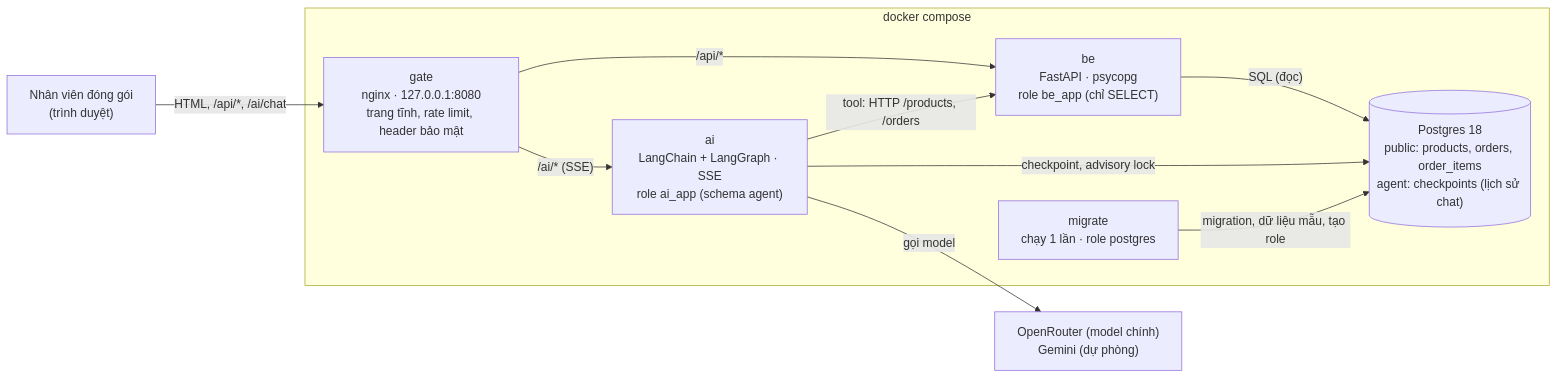
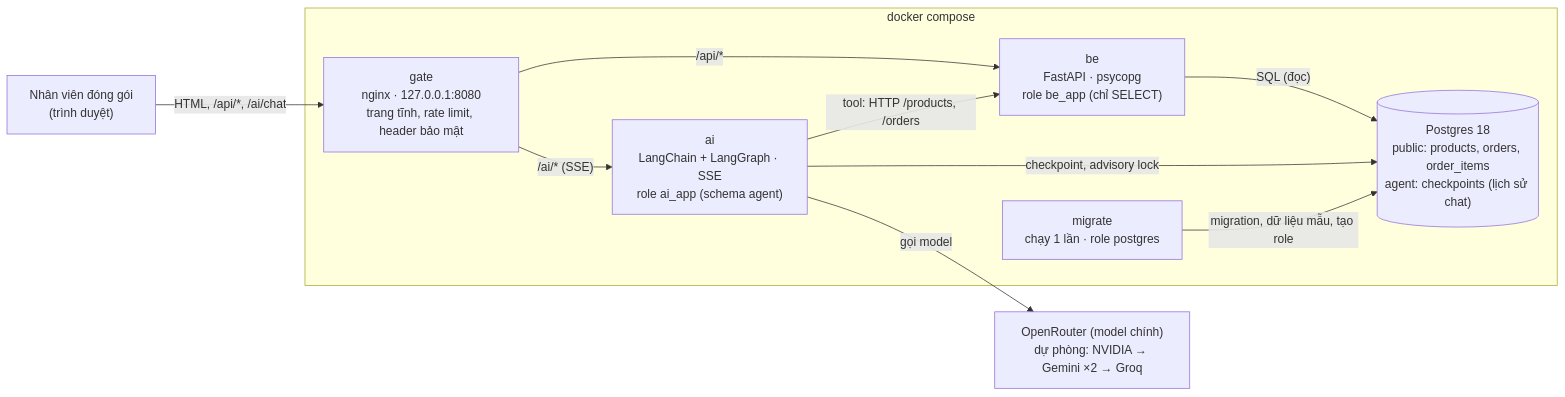
One commit to vu-wspace/barcode_chatbot changed the first of 5 diagrams in README.md. Above: the diagram before and after it, drawn with Mermaid. The commit also changed other lines of this file and 13 other files, not shown here.

Commit message:
exchange to graph

````diff
--- a/README.md
+++ b/README.md
@@ -55,23 +55,23 @@
 ```mermaid
 flowchart LR
     U["Nhân viên đóng gói<br/>(trình duyệt)"]
 
     subgraph Docker["docker compose"]
         G["gate<br/>nginx · 127.0.0.1:8080<br/>trang tĩnh, rate limit, header bảo mật"]
         BE["be<br/>FastAPI · psycopg<br/>role be_app (chỉ SELECT)"]
         AI["ai<br/>LangChain + LangGraph · SSE<br/>role ai_app (schema agent)"]
         M["migrate<br/>chạy 1 lần · role postgres"]
         DB[("Postgres 18<br/>public: products, orders, order_items<br/>agent: checkpoints (lịch sử chat)")]
     end
 
-    LLM["OpenRouter (model chính)<br/>Gemini (dự phòng)"]
+    LLM["OpenRouter (model chính)<br/>dự phòng: NVIDIA → Gemini ×2 → Groq"]
 
     U -- "HTML, /api/*, /ai/chat" --> G
     G -- "/api/*" --> BE
     G -- "/ai/* (SSE)" --> AI
     BE -- "SQL (đọc)" --> DB
     AI -- "tool: HTTP /products, /orders" --> BE
     AI -- "checkpoint, advisory lock" --> DB
     AI -- "gọi model" --> LLM
     M -- "migration, dữ liệu mẫu, tạo role" --> DB
 ```
````
